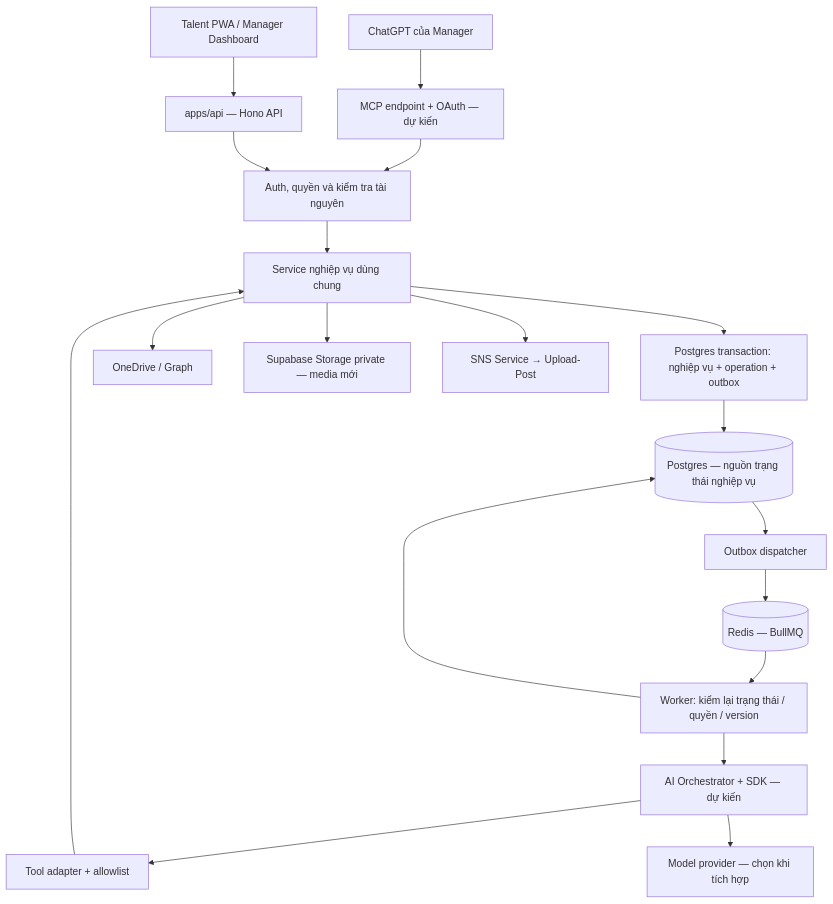
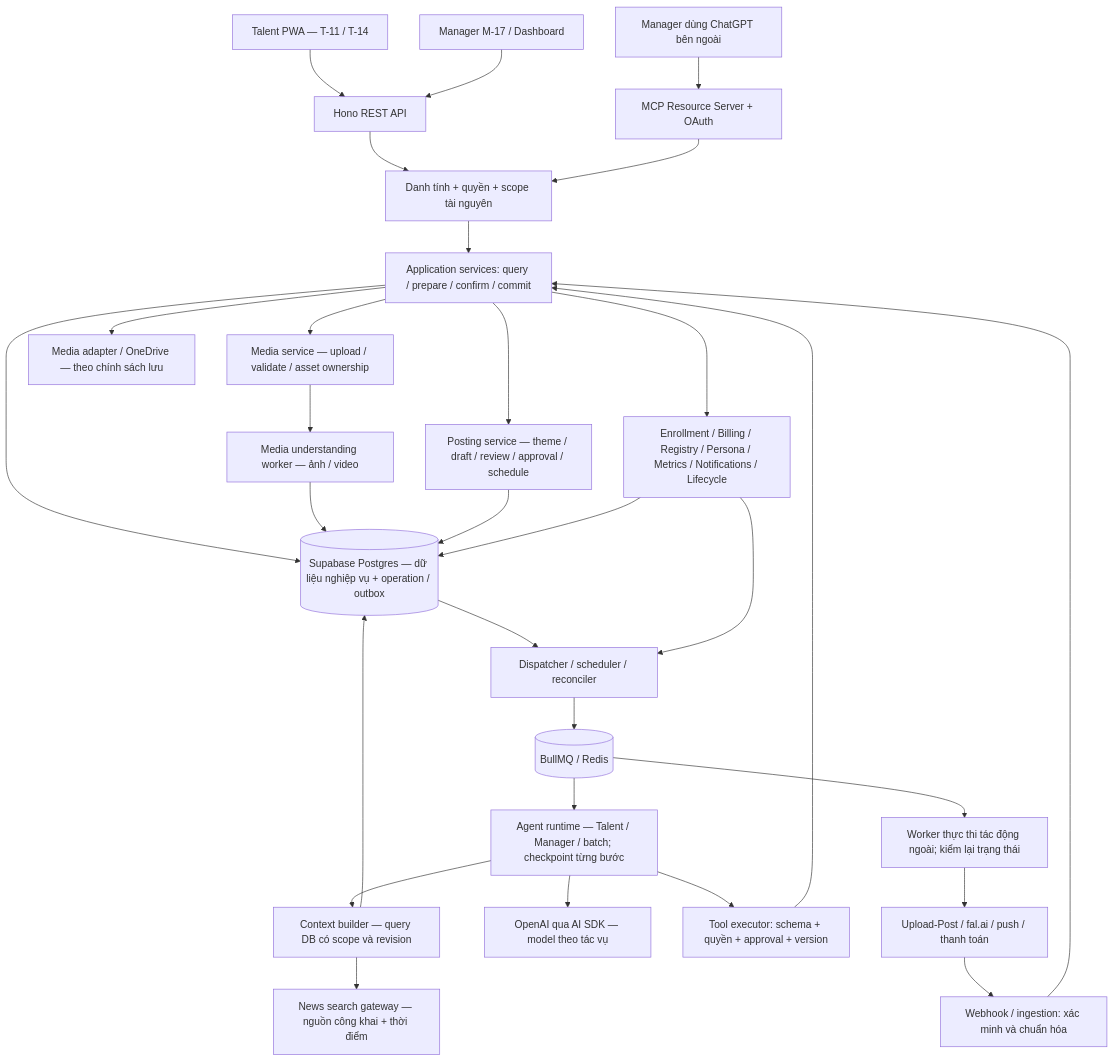
Before and after one commit to hailt-amcolab/ai_talent_os_docs: the diagram in agent_spec/AI_Talent_OS_AI_Core_Architecture_Report_v2.md, drawn with Mermaid. The commit also changed other lines of this file and 169 other files, not shown here.

````diff
--- a/agent_spec/AI_Talent_OS_AI_Core_Architecture_Report_v2.md
+++ b/agent_spec/AI_Talent_OS_AI_Core_Architecture_Report_v2.md
@@ -49,21 +31,32 @@
 ```mermaid
 flowchart TB
-  PWA["Talent PWA / Manager Dashboard"] --> API["apps/api — Hono API"]
-  GPT["ChatGPT của Manager"] --> REMOTE["MCP endpoint + OAuth — dự kiến"]
-  REMOTE --> AUTH["Auth, quyền và kiểm tra tài nguyên"]
-  API --> AUTH
-  AUTH --> BIZ["Service nghiệp vụ dùng chung"]
-  BIZ --> TX["Postgres transaction: nghiệp vụ + operation + outbox"]
-  TX --> DB[("Postgres — nguồn trạng thái nghiệp vụ")]
-  DB --> DISP["Outbox dispatcher"]
-  DISP --> REDIS[("Redis — BullMQ")]
-  REDIS --> WORK["Worker: kiểm lại trạng thái / quyền / version"]
-  WORK --> ORCH["AI Orchestrator + SDK — dự kiến"]
-  ORCH --> TOOLS["Tool adapter + allowlist"]
-  TOOLS --> BIZ
-  ORCH --> LLM["Model provider — chọn khi tích hợp"]
-  WORK --> DB
-  BIZ --> DRIVE["OneDrive / Graph"]
-  BIZ --> MEDIA["Supabase Storage private — media mới"]
-  BIZ --> SNS["SNS Service → Upload-Post"]
+  TAL["Talent PWA — T-11 / T-14"] --> API["Hono REST API"]
+  M17["Manager M-17 / Dashboard"] --> API
+  GPT["Manager dùng ChatGPT bên ngoài"] --> MCP["MCP Resource Server + OAuth"]
+  API --> AUTH["Danh tính + quyền + scope tài nguyên"]
+  MCP --> AUTH
+  AUTH --> CMD["Application services: query / prepare / confirm / commit"]
+  CMD --> DB[("Supabase Postgres — dữ liệu nghiệp vụ + operation / outbox")]
+  DB --> DIS["Dispatcher / scheduler / reconciler"]
+  DIS --> Q[("BullMQ / Redis")]
+  Q --> RUN["Agent runtime — Talent / Manager / batch; checkpoint từng bước"]
+  RUN --> CTX["Context builder — query DB có scope và revision"]
+  CTX --> DB
+  RUN --> MODEL["OpenAI qua AI SDK — model theo tác vụ"]
+  RUN --> EXEC["Tool executor: schema + quyền + approval + version"]
+  EXEC --> CMD
+  CMD --> MEDIAFLOW["Media service — upload / validate / asset ownership"]
+  MEDIAFLOW --> UNDERSTAND["Media understanding worker — ảnh / video"]
+  UNDERSTAND --> DB
+  CMD --> POSTING["Posting service — theme / draft / review / approval / schedule"]
+  POSTING --> DB
+  Q --> EFFECT["Worker thực thi tác động ngoài; kiểm lại trạng thái"]
+  EFFECT --> PROVIDERS["Upload-Post / fal.ai / push / thanh toán"]
+  PROVIDERS --> ING["Webhook / ingestion: xác minh và chuẩn hóa"]
+  ING --> CMD
+  CMD --> DOMAIN["Enrollment / Billing / Registry / Persona / Metrics / Notifications / Lifecycle"]
+  DOMAIN --> DB
+  DOMAIN --> DIS
+  CTX --> NEWS["News search gateway — nguồn công khai + thời điểm"]
+  CMD --> FILES["Media adapter / OneDrive — theo chính sách lưu"]
 ```
````
